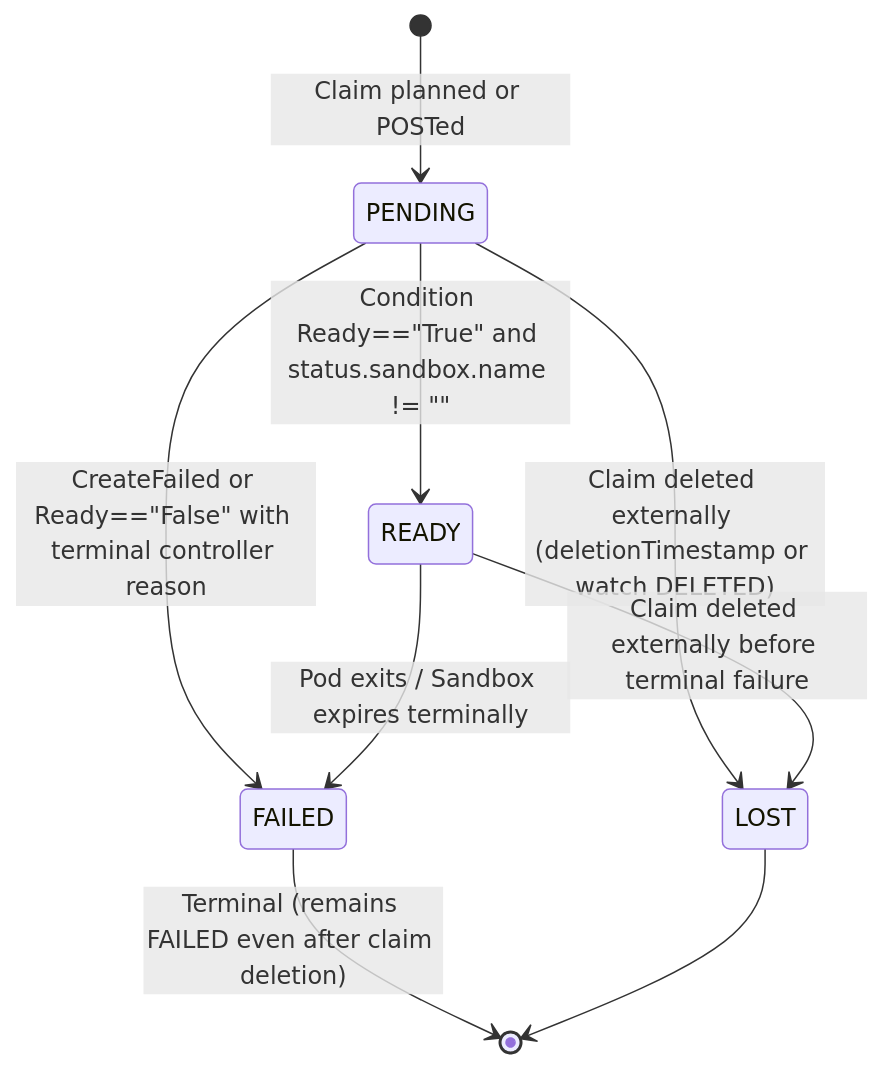
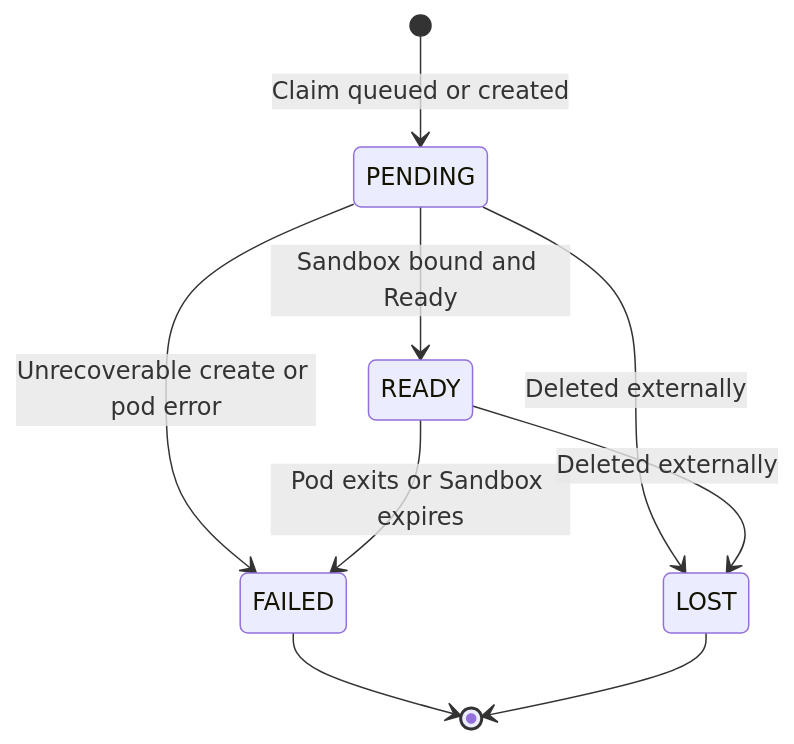
One commit to briankhoi/agent-sandbox changed the second of 3 diagrams in batch-primitives/deliverables/batch_claim_proposal_restructured.md. Above: the diagram before and after it, drawn with Mermaid. The commit also changed other lines of this file and 2 other files, not shown here.

````diff
--- a/batch-primitives/deliverables/batch_claim_proposal_restructured.md
+++ b/batch-primitives/deliverables/batch_claim_proposal_restructured.md
@@ -76,11 +93,11 @@
 ```mermaid
 stateDiagram-v2
-    [*] --> PENDING: Claim planned or POSTed
-    PENDING --> READY: Condition Ready=="True" and status.sandbox.name != ""
-    PENDING --> FAILED: CreateFailed or Ready=="False" with terminal controller reason
-    PENDING --> LOST: Claim deleted externally (deletionTimestamp or watch DELETED)
-    READY --> FAILED: Pod exits / Sandbox expires terminally
-    READY --> LOST: Claim deleted externally before terminal failure
-    FAILED --> [*]: Terminal (remains FAILED even after claim deletion)
+    [*] --> PENDING: Claim queued or created
+    PENDING --> READY: Sandbox bound and Ready
+    PENDING --> FAILED: Unrecoverable create or pod error
+    PENDING --> LOST: Deleted externally
+    READY --> FAILED: Pod exits or Sandbox expires
+    READY --> LOST: Deleted externally
+    FAILED --> [*]
     LOST --> [*]
 ```
````
